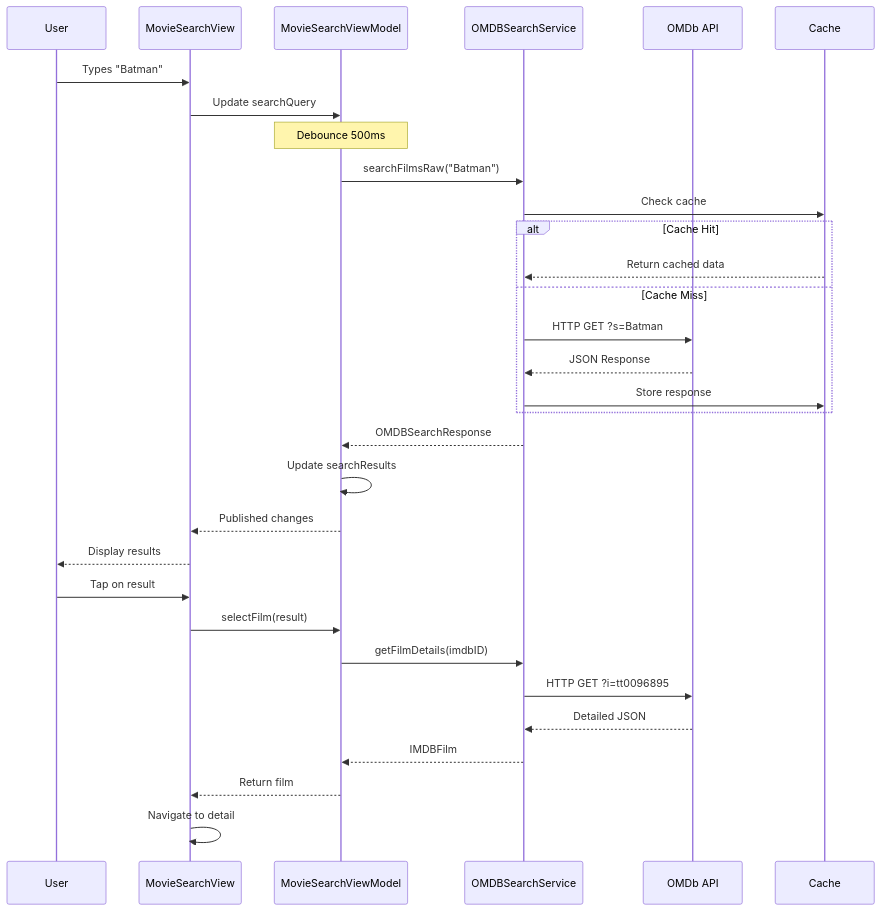
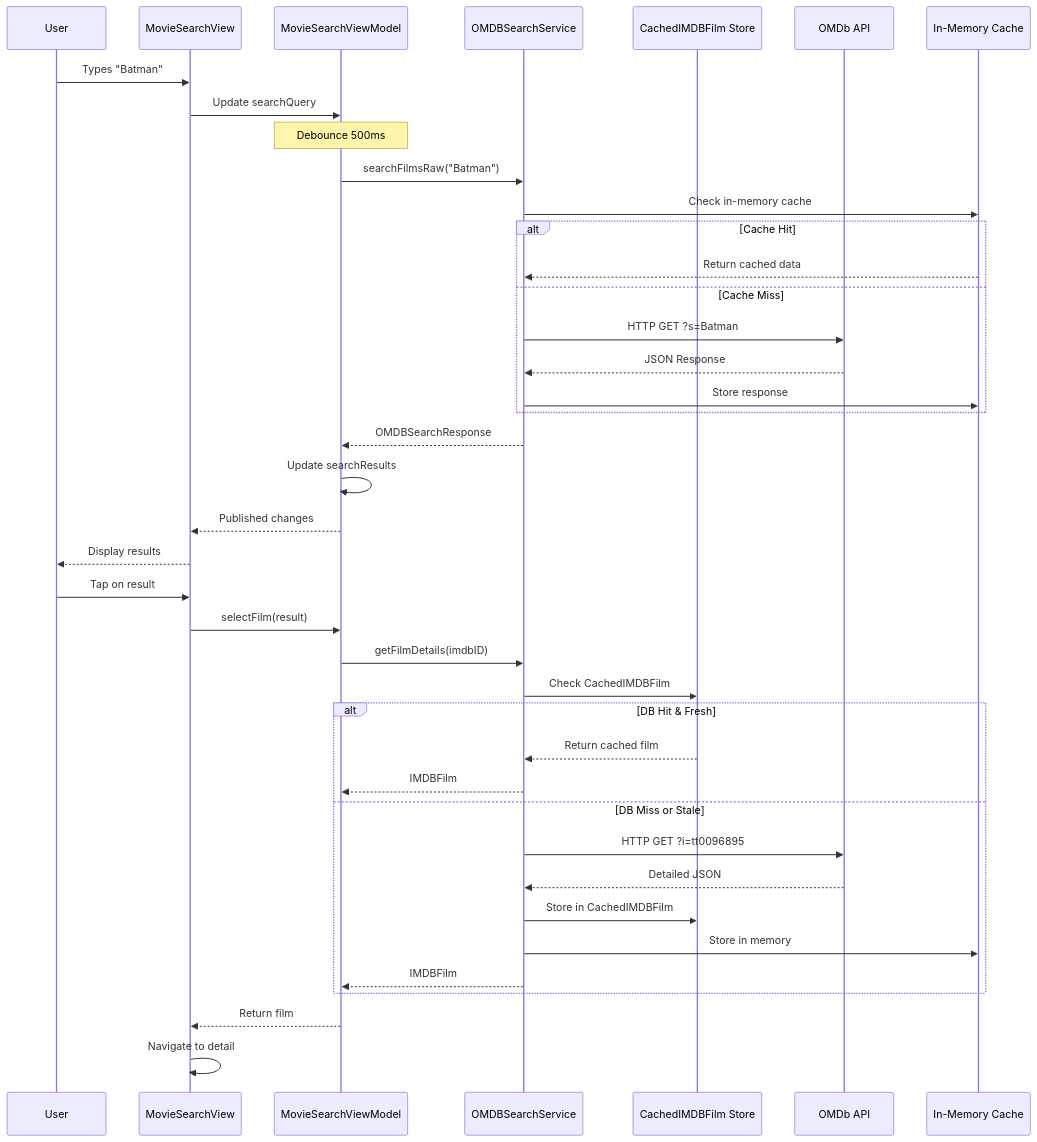
Before and after one commit to tillg/filmz2: the fifth of 11 diagrams in docs/ARCHITECTURE.md, drawn with Mermaid. The commit also changed other lines of this file and 6 other files, not shown here.

````diff
--- a/docs/ARCHITECTURE.md
+++ b/docs/ARCHITECTURE.md
@@ -215,35 +267,44 @@
 ```mermaid
 sequenceDiagram
     participant U as User
     participant MSV as MovieSearchView
     participant MSVM as MovieSearchViewModel
     participant OMDB as OMDBSearchService
+    participant DB as CachedIMDBFilm Store
     participant API as OMDb API
-    participant Cache as Cache
+    participant Cache as In-Memory Cache
 
     U->>MSV: Types "Batman"
     MSV->>MSVM: Update searchQuery
     Note over MSVM: Debounce 500ms
     MSVM->>OMDB: searchFilmsRaw("Batman")
-    OMDB->>Cache: Check cache
+    OMDB->>Cache: Check in-memory cache
     alt Cache Hit
         Cache-->>OMDB: Return cached data
     else Cache Miss
         OMDB->>API: HTTP GET ?s=Batman
         API-->>OMDB: JSON Response
         OMDB->>Cache: Store response
     end
     OMDB-->>MSVM: OMDBSearchResponse
     MSVM->>MSVM: Update searchResults
     MSVM-->>MSV: Published changes
     MSV-->>U: Display results
 
     U->>MSV: Tap on result
     MSV->>MSVM: selectFilm(result)
     MSVM->>OMDB: getFilmDetails(imdbID)
-    OMDB->>API: HTTP GET ?i=tt0096895
-    API-->>OMDB: Detailed JSON
-    OMDB-->>MSVM: IMDBFilm
+    OMDB->>DB: Check CachedIMDBFilm
+    alt DB Hit & Fresh
+        DB-->>OMDB: Return cached film
+        OMDB-->>MSVM: IMDBFilm
+    else DB Miss or Stale
+        OMDB->>API: HTTP GET ?i=tt0096895
+        API-->>OMDB: Detailed JSON
+        OMDB->>DB: Store in CachedIMDBFilm
+        OMDB->>Cache: Store in memory
+        OMDB-->>MSVM: IMDBFilm
+    end
     MSVM-->>MSV: Return film
     MSV->>MSV: Navigate to detail
 ```
````
